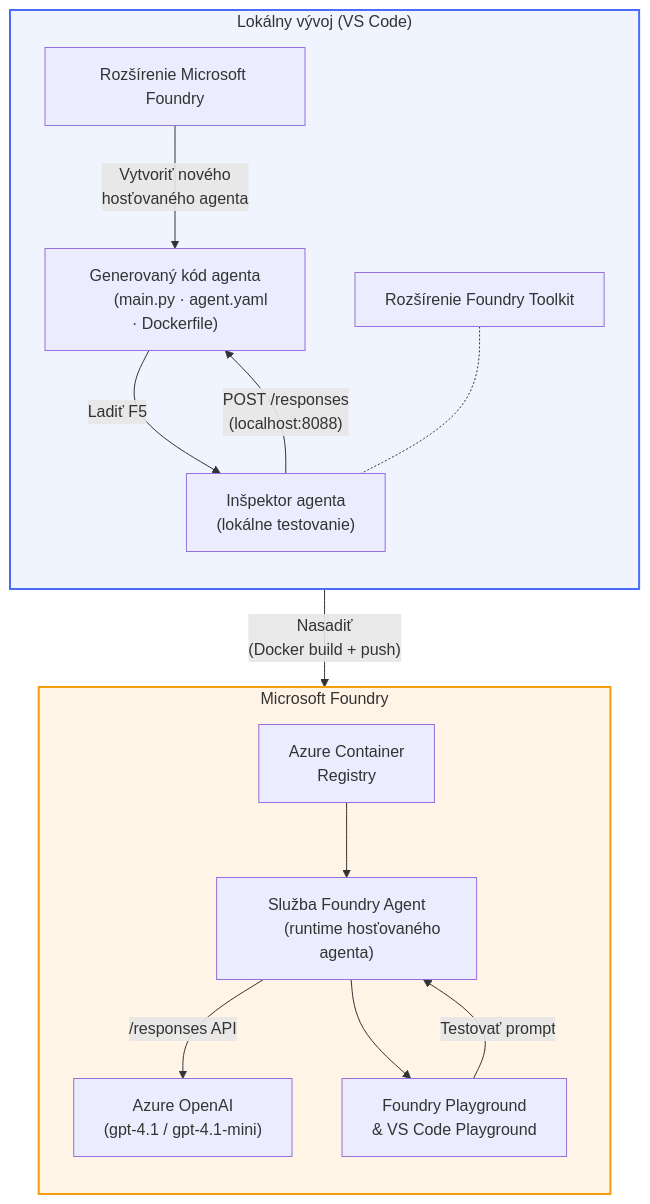
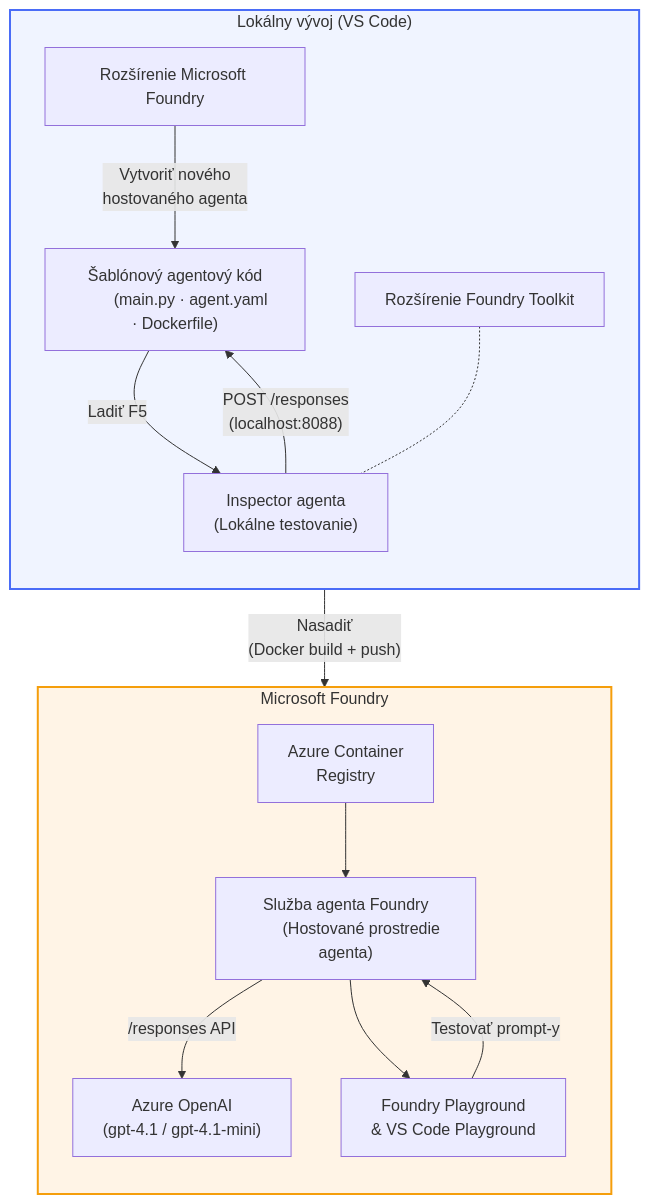
One commit to microsoft-foundry/Foundry_Toolkit_for_VSCode_Lab changed the diagram in translations/sk/README.md. Above: the diagram before and after it, drawn with Mermaid. The commit also changed other lines of this file and 110 other files, not shown here.

````diff
--- a/translations/sk/README.md
+++ b/translations/sk/README.md
@@ -48,40 +52,40 @@
 ```mermaid
 flowchart TB
     subgraph Local["Lokálny vývoj (VS Code)"]
         direction TB
         FE["Rozšírenie Microsoft Foundry"]
         FoundryToolkit["Rozšírenie Foundry Toolkit"]
-        Scaffold["Generovaný kód agenta
+        Scaffold["Šablónový agentový kód
         (main.py · agent.yaml · Dockerfile)"]
-        Inspector["Inšpektor agenta
-        (lokálne testovanie)"]
+        Inspector["Inspector agenta
+        (Lokálne testovanie)"]
         FE -- "Vytvoriť nového
-        hosťovaného agenta" --> Scaffold
+        hostovaného agenta" --> Scaffold
         Scaffold -- "Ladiť F5" --> Inspector
         FoundryToolkit -.- Inspector
     end
 
     subgraph Cloud["Microsoft Foundry"]
         direction TB
         ACR["Azure Container
         Registry"]
-        AgentService["Služba Foundry Agent
-        (runtime hosťovaného agenta)"]
+        AgentService["Služba agenta Foundry
+        (Hostované prostredie agenta)"]
         Model["Azure OpenAI
         (gpt-4.1 / gpt-4.1-mini)"]
         Playground["Foundry Playground
         & VS Code Playground"]
         ACR --> AgentService
         AgentService -- "/responses API" --> Model
         AgentService --> Playground
     end
 
     Scaffold -- "Nasadiť
     (Docker build + push)" --> ACR
     Inspector -- "POST /responses
     (localhost:8088)" --> Scaffold
-    Playground -- "Testovať prompt" --> AgentService
+    Playground -- "Testovať prompt-y" --> AgentService
 
     style Local fill:#f0f4ff,stroke:#4a6cf7,stroke-width:2px
     style Cloud fill:#fff4e6,stroke:#f59e0b,stroke-width:2px
 ```
````
